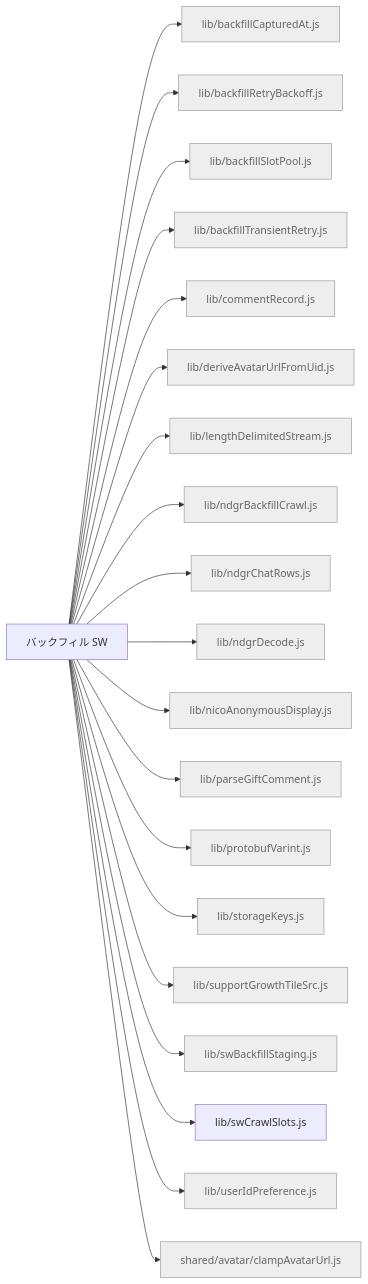
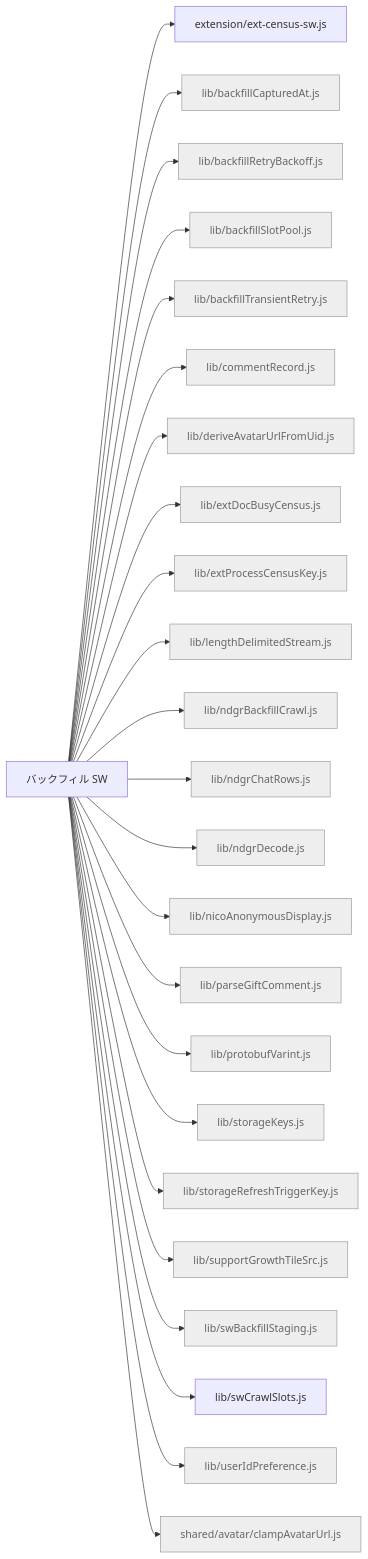
One commit to kimito-link/tsuioku-no-kirameki.com changed the diagram in docs/feature-map/backfill-sw.md. Above: the diagram before and after it, drawn with Mermaid. The commit also changed 54 other files, not shown here.

````diff
--- a/docs/feature-map/backfill-sw.md
+++ b/docs/feature-map/backfill-sw.md
@@ -13,24 +13,28 @@
 ```mermaid
 graph LR
   n_backfill_sw["バックフィル SW"]
+  n_backfill_sw --> n_src_extension_ext_census_sw_js["extension/ext-census-sw.js"]
   n_backfill_sw --> n_src_lib_backfillCapturedAt_js["lib/backfillCapturedAt.js"]:::shared
   n_backfill_sw --> n_src_lib_backfillRetryBackoff_js["lib/backfillRetryBackoff.js"]:::shared
   n_backfill_sw --> n_src_lib_backfillSlotPool_js["lib/backfillSlotPool.js"]:::shared
   n_backfill_sw --> n_src_lib_backfillTransientRetry_js["lib/backfillTransientRetry.js"]:::shared
   n_backfill_sw --> n_src_lib_commentRecord_js["lib/commentRecord.js"]:::shared
   n_backfill_sw --> n_src_lib_deriveAvatarUrlFromUid_js["lib/deriveAvatarUrlFromUid.js"]:::shared
+  n_backfill_sw --> n_src_lib_extDocBusyCensus_js["lib/extDocBusyCensus.js"]:::shared
+  n_backfill_sw --> n_src_lib_extProcessCensusKey_js["lib/extProcessCensusKey.js"]:::shared
   n_backfill_sw --> n_src_lib_lengthDelimitedStream_js["lib/lengthDelimitedStream.js"]:::shared
   n_backfill_sw --> n_src_lib_ndgrBackfillCrawl_js["lib/ndgrBackfillCrawl.js"]:::shared
   n_backfill_sw --> n_src_lib_ndgrChatRows_js["lib/ndgrChatRows.js"]:::shared
   n_backfill_sw --> n_src_lib_ndgrDecode_js["lib/ndgrDecode.js"]:::shared
   n_backfill_sw --> n_src_lib_nicoAnonymousDisplay_js["lib/nicoAnonymousDisplay.js"]:::shared
   n_backfill_sw --> n_src_lib_parseGiftComment_js["lib/parseGiftComment.js"]:::shared
   n_backfill_sw --> n_src_lib_protobufVarint_js["lib/protobufVarint.js"]:::shared
   n_backfill_sw --> n_src_lib_storageKeys_js["lib/storageKeys.js"]:::shared
+  n_backfill_sw --> n_src_lib_storageRefreshTriggerKey_js["lib/storageRefreshTriggerKey.js"]:::shared
   n_backfill_sw --> n_src_lib_supportGrowthTileSrc_js["lib/supportGrowthTileSrc.js"]:::shared
   n_backfill_sw --> n_src_lib_swBackfillStaging_js["lib/swBackfillStaging.js"]:::shared
   n_backfill_sw --> n_src_lib_swCrawlSlots_js["lib/swCrawlSlots.js"]
   n_backfill_sw --> n_src_lib_userIdPreference_js["lib/userIdPreference.js"]:::shared
   n_backfill_sw --> n_src_shared_avatar_clampAvatarUrl_js["shared/avatar/clampAvatarUrl.js"]:::shared
   classDef shared fill:#eee,stroke:#999,color:#666;
 ```
````
